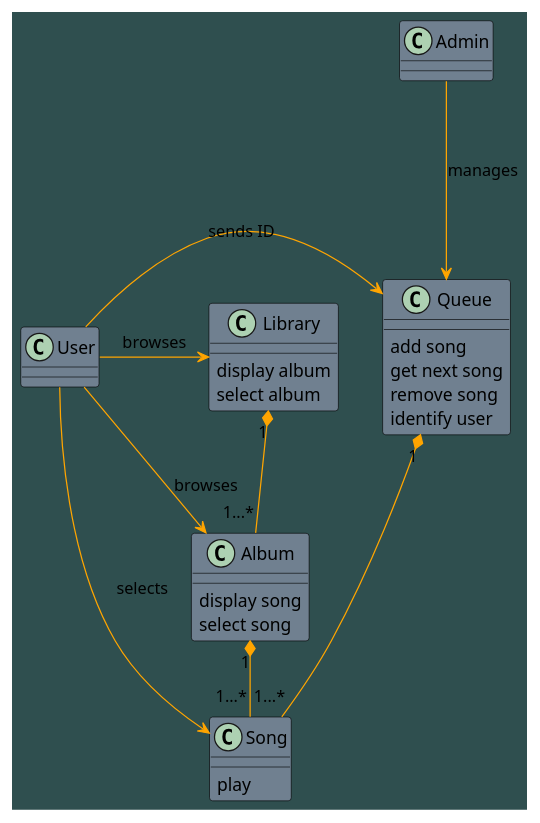
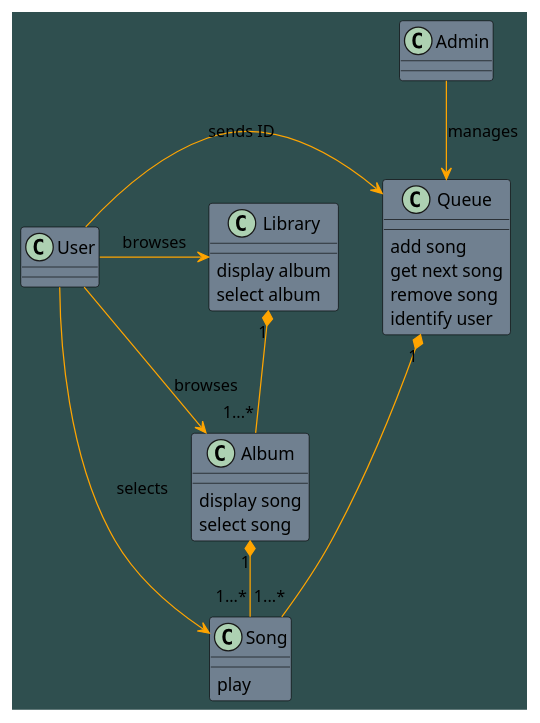
One commit to m-marcello/ObjectOrientedProgramming changed the first of 8 diagrams in object_oriented_programming.md. Above: the diagram before and after it, drawn with PlantUML. The commit also changed other lines of this file, not shown here.

Commit message:
try out different versions until rendering DomainModeling.svp works

````diff
--- a/object_oriented_programming.md
+++ b/object_oriented_programming.md
@@ -322,53 +322,53 @@
-```plantuml {r, echo=FALSE}
+```plantuml
 @startuml DomainModeling
 
 skinparam class {
     BackgroundColor SlateGrey
     ArrowColor Orange
     BorderColor Black
 }
 skinparam stereotypeCBackgroundColor CadetBlue
 skinparam backgroundColor DarkSlateGrey
 
 
 class Admin {
 
 }
 
 class Song {
     {method} play
 }
 
 class Album {
     {method} display song
     {method} select song
 }
 
 class Library {
     {method} display album
     {method} select album
 }
 
 class Queue {
     {method} add song
     {method} get next song
     {method} remove song
     {method} identify user
 
 }
 
 class User {
 
 }
 
 Library "1" *-d- "1...*" Album
 Album "1" *-d- "1...*" Song
 Queue "1" *--- "1...*" Song
-Admin ---> Queue : manages
+Admin --> Queue : manages
 User -r-> Library : browses
 User -r-> Album : browses
 User -r-> Song : selects
 User -r-> Queue : sends ID
 
 @enduml
 ```
````
